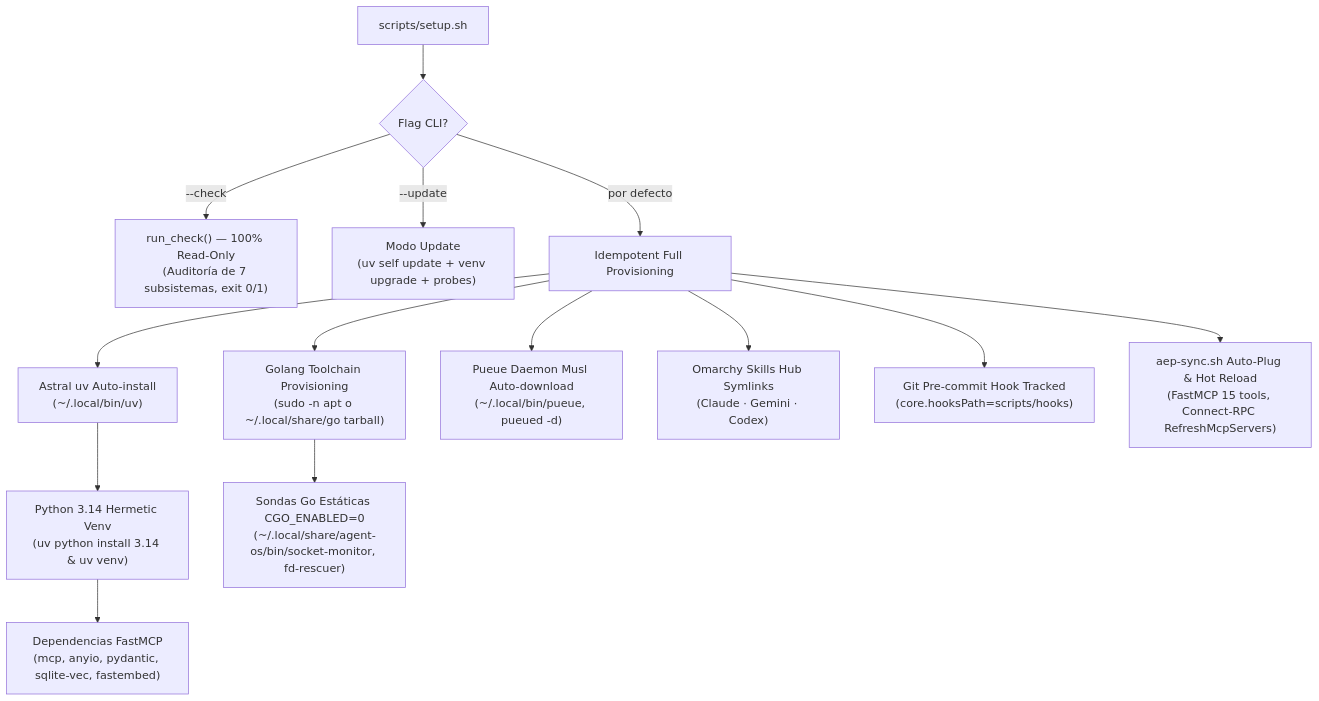
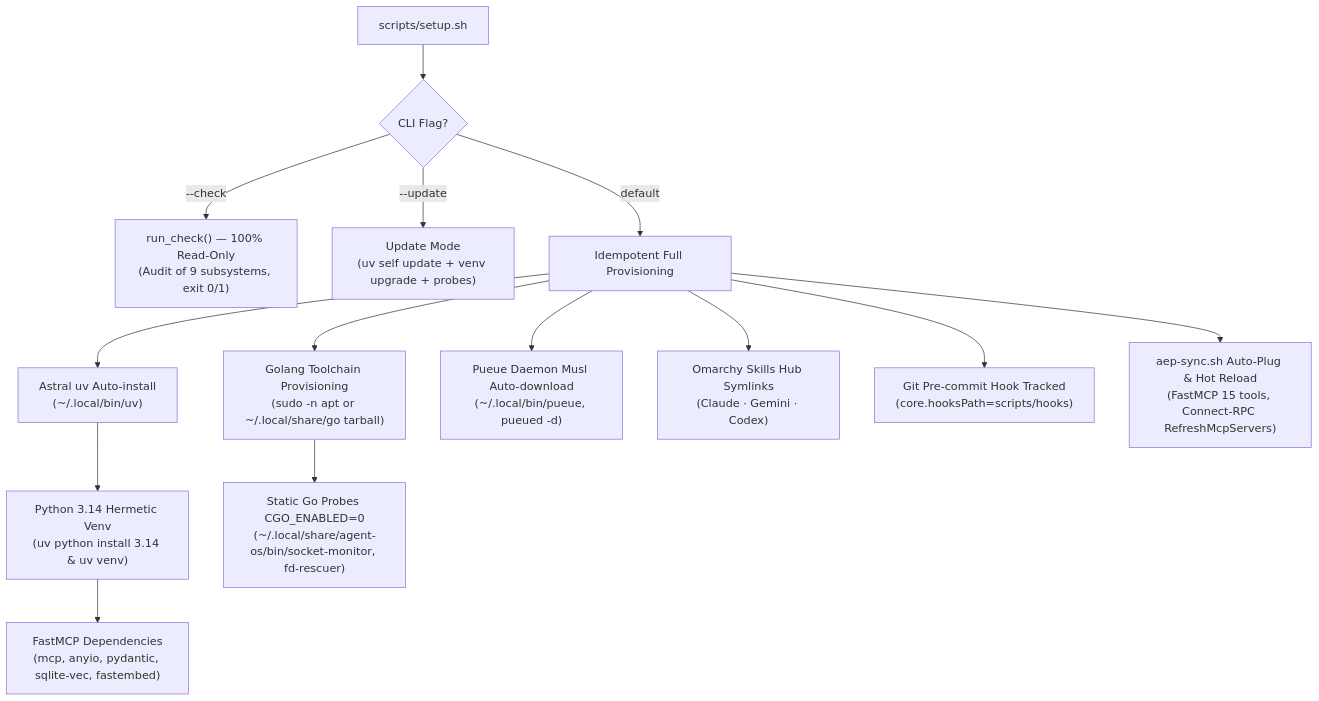
Diagram 15 of 16 in README.md (ancrz/agent-execution-plane), drawn with Mermaid before and after one commit. The commit also changed other lines of this file, not shown here.

Commit message:
docs(readme): translate entire specification to English and fix Mermaid diagram syntax errors

````diff
--- a/README.md
+++ b/README.md
@@ -873,17 +826,17 @@
 ```mermaid
 flowchart TD
-    A["scripts/setup.sh"] --> Flag{"Flag CLI?"}
-    Flag -->|"--check"| CHK["run_check() — 100% Read-Only<br/>(Auditoría de 7 subsistemas, exit 0/1)"]
-    Flag -->|"--update"| UPD["Modo Update<br/>(uv self update + venv upgrade + probes)"]
-    Flag -->|"por defecto"| PROV["Idempotent Full Provisioning"]
+    A["scripts/setup.sh"] --> Flag{"CLI Flag?"}
+    Flag -->|"--check"| CHK["run_check() — 100% Read-Only<br/>(Audit of 9 subsystems, exit 0/1)"]
+    Flag -->|"--update"| UPD["Update Mode<br/>(uv self update + venv upgrade + probes)"]
+    Flag -->|"default"| PROV["Idempotent Full Provisioning"]
 
     PROV --> B1["Astral uv Auto-install<br/>(~/.local/bin/uv)"]
     B1 --> B2["Python 3.14 Hermetic Venv<br/>(uv python install 3.14 & uv venv)"]
-    B2 --> B3["Dependencias FastMCP<br/>(mcp, anyio, pydantic, sqlite-vec, fastembed)"]
-    PROV --> G1["Golang Toolchain Provisioning<br/>(sudo -n apt o ~/.local/share/go tarball)"]
-    G1 --> G2["Sondas Go Estáticas CGO_ENABLED=0<br/>(~/.local/share/agent-os/bin/socket-monitor, fd-rescuer)"]
+    B2 --> B3["FastMCP Dependencies<br/>(mcp, anyio, pydantic, sqlite-vec, fastembed)"]
+    PROV --> G1["Golang Toolchain Provisioning<br/>(sudo -n apt or ~/.local/share/go tarball)"]
+    G1 --> G2["Static Go Probes CGO_ENABLED=0<br/>(~/.local/share/agent-os/bin/socket-monitor, fd-rescuer)"]
     PROV --> P1["Pueue Daemon Musl Auto-download<br/>(~/.local/bin/pueue, pueued -d)"]
     PROV --> S1["Omarchy Skills Hub Symlinks<br/>(Claude · Gemini · Codex)"]
     PROV --> S2["Git Pre-commit Hook Tracked<br/>(core.hooksPath=scripts/hooks)"]
     PROV --> S3["aep-sync.sh Auto-Plug & Hot Reload<br/>(FastMCP 15 tools, Connect-RPC RefreshMcpServers)"]
 ```
````
